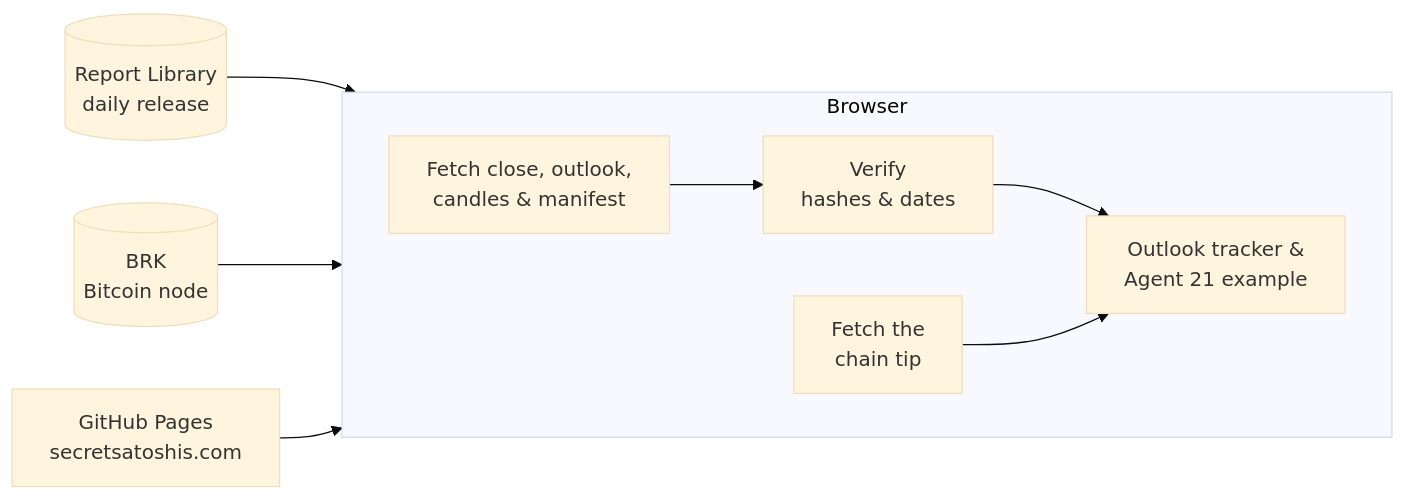
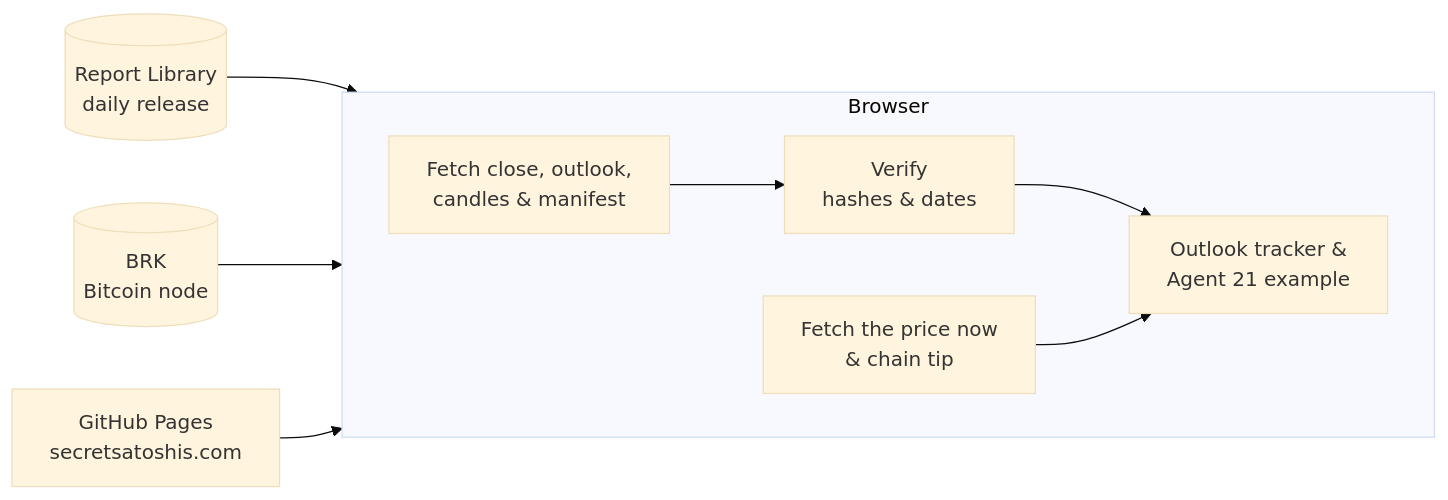
The diagram in README.md (SecretSatoshis/Secret-Satoshis-Website), drawn with Mermaid (base theme) before and after one commit. The commit also changed other lines of this file and 15 other files, not shown here.

````diff
--- a/README.md
+++ b/README.md
@@ -25,15 +25,15 @@
 ```mermaid
 flowchart LR
     R[("Report Library<br/>daily release")]
     B[("BRK<br/>Bitcoin node")]
 
     subgraph Browser
         direction LR
         F["Fetch close, outlook,<br/>candles & manifest"] --> V["Verify<br/>hashes & dates"] --> T["Outlook tracker &<br/>Agent 21 example"]
-        C["Fetch the<br/>chain tip"] --> T
+        C["Fetch the price now<br/>& chain tip"] --> T
     end
 
     G["GitHub Pages<br/>secretsatoshis.com"] --> Browser
     R --> F
     B --> C
 ```
````
